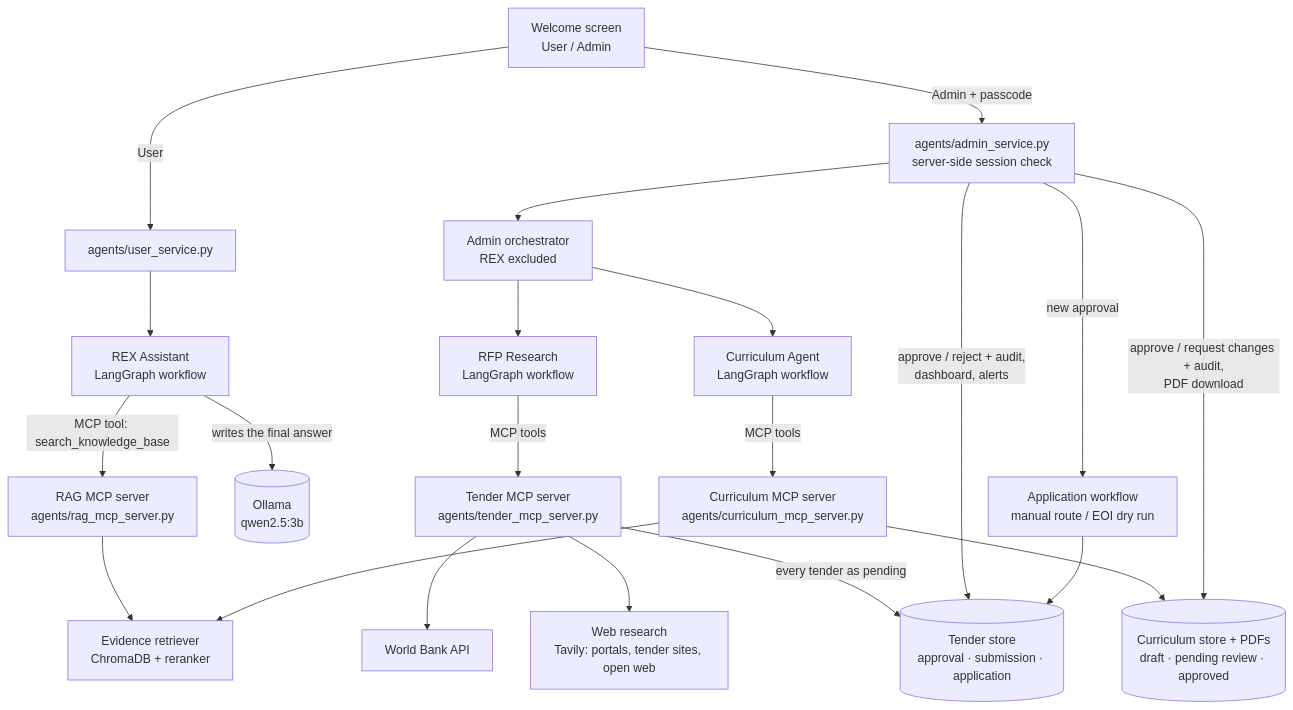
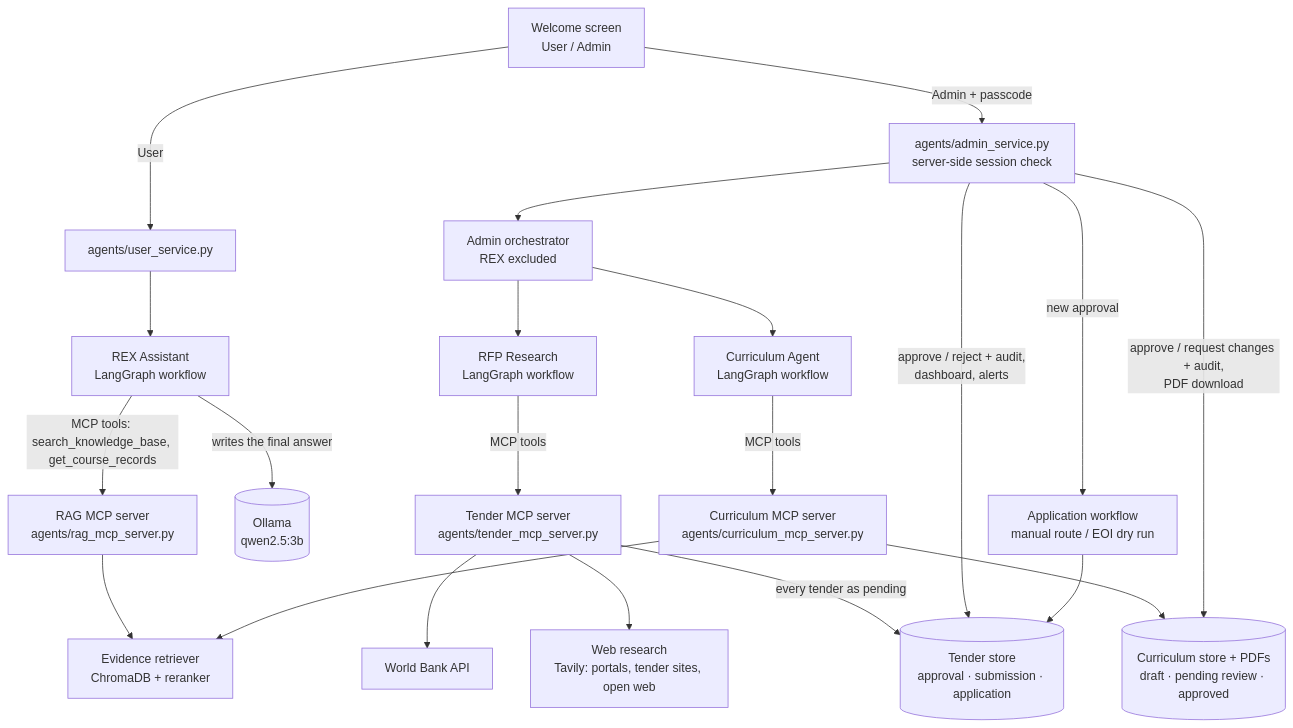
One commit to MennaElsekily/rex-ai changed the first of 2 diagrams in docs/architecture.md. Above: the diagram before and after it, drawn with Mermaid. The commit also changed other lines of this file and 109 other files, not shown here.

First line of the commit message:
Improve REX AI agents, RAG safeguards, email rule and tests

````diff
--- a/docs/architecture.md
+++ b/docs/architecture.md
@@ -15,25 +15,25 @@
 ```mermaid
 flowchart TB
     W[Welcome screen<br/>User / Admin] -->|User| US[agents/user_service.py]
     W -->|Admin + passcode| AS[agents/admin_service.py<br/>server-side session check]
 
     US --> REX[REX Assistant<br/>LangGraph workflow]
-    REX -->|MCP tool: search_knowledge_base| MCP[RAG MCP server<br/>agents/rag_mcp_server.py]
+    REX -->|MCP tools: search_knowledge_base, get_course_records| MCP[RAG MCP server<br/>agents/rag_mcp_server.py]
     MCP --> RET[Evidence retriever<br/>ChromaDB + reranker]
     REX -->|writes the final answer| LLM[(Ollama<br/>qwen2.5:3b)]
 
     AS --> ORC[Admin orchestrator<br/>REX excluded]
     ORC --> RFP[RFP Research<br/>LangGraph workflow]
     ORC --> CUR[Curriculum Agent<br/>LangGraph workflow]
     CUR -->|MCP tools| CMS[Curriculum MCP server<br/>agents/curriculum_mcp_server.py]
     CMS --> RET
     CMS --> CS[(Curriculum store + PDFs<br/>draft · pending review · approved)]
     AS -->|approve / request changes + audit,<br/>PDF download| CS
     RFP -->|MCP tools| TMS[Tender MCP server<br/>agents/tender_mcp_server.py]
     TMS --> WB[World Bank API]
     TMS --> TAV[Web research<br/>Tavily: portals, tender sites, open web]
     TMS -->|every tender as pending| Q[(Tender store<br/>approval · submission · application)]
     AS -->|approve / reject + audit,<br/>dashboard, alerts| Q
     AS -->|new approval| WF[Application workflow<br/>manual route / EOI dry run]
     WF --> Q
 ```
````
